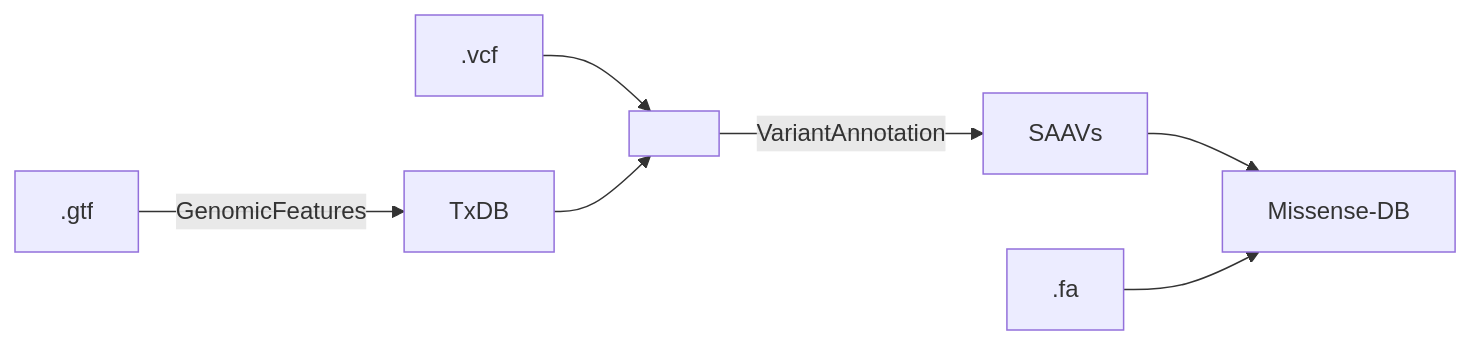
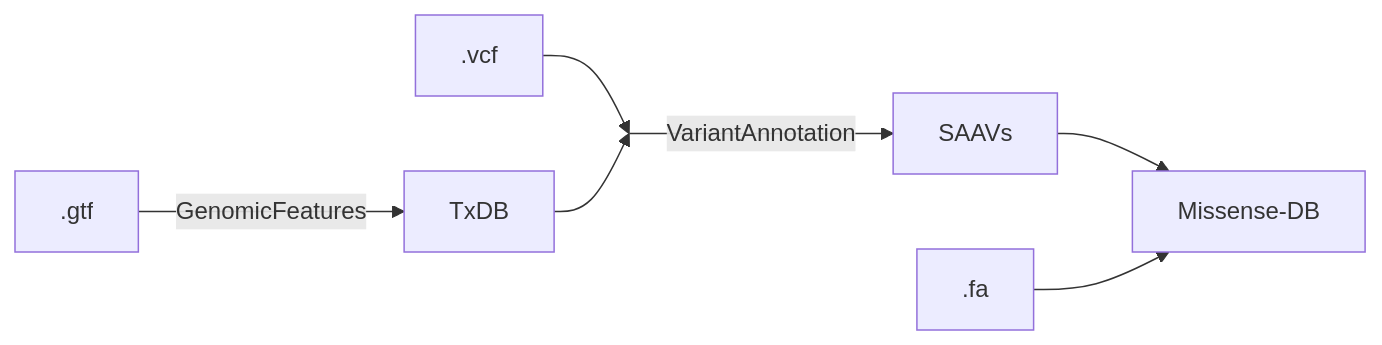
Before and after one commit to hdesai17/chemoproteogenomics: the diagram in README.md, drawn with Mermaid.

````diff
--- a/README.md
+++ b/README.md
@@ -19,9 +19,10 @@
 ```mermaid
 flowchart LR;
    .vcf-->D[ ]:::empty
    D[ ]:::empty-->|VariantAnnotation|SAAVs;
    TxDB -->D[ ]:::empty;
    .gtf-->|GenomicFeatures|TxDB;
    SAAVs-->Missense-DB;
    .fa-->Missense-DB;
+   classDef empty width:0px,height:0px;
 ```
````
